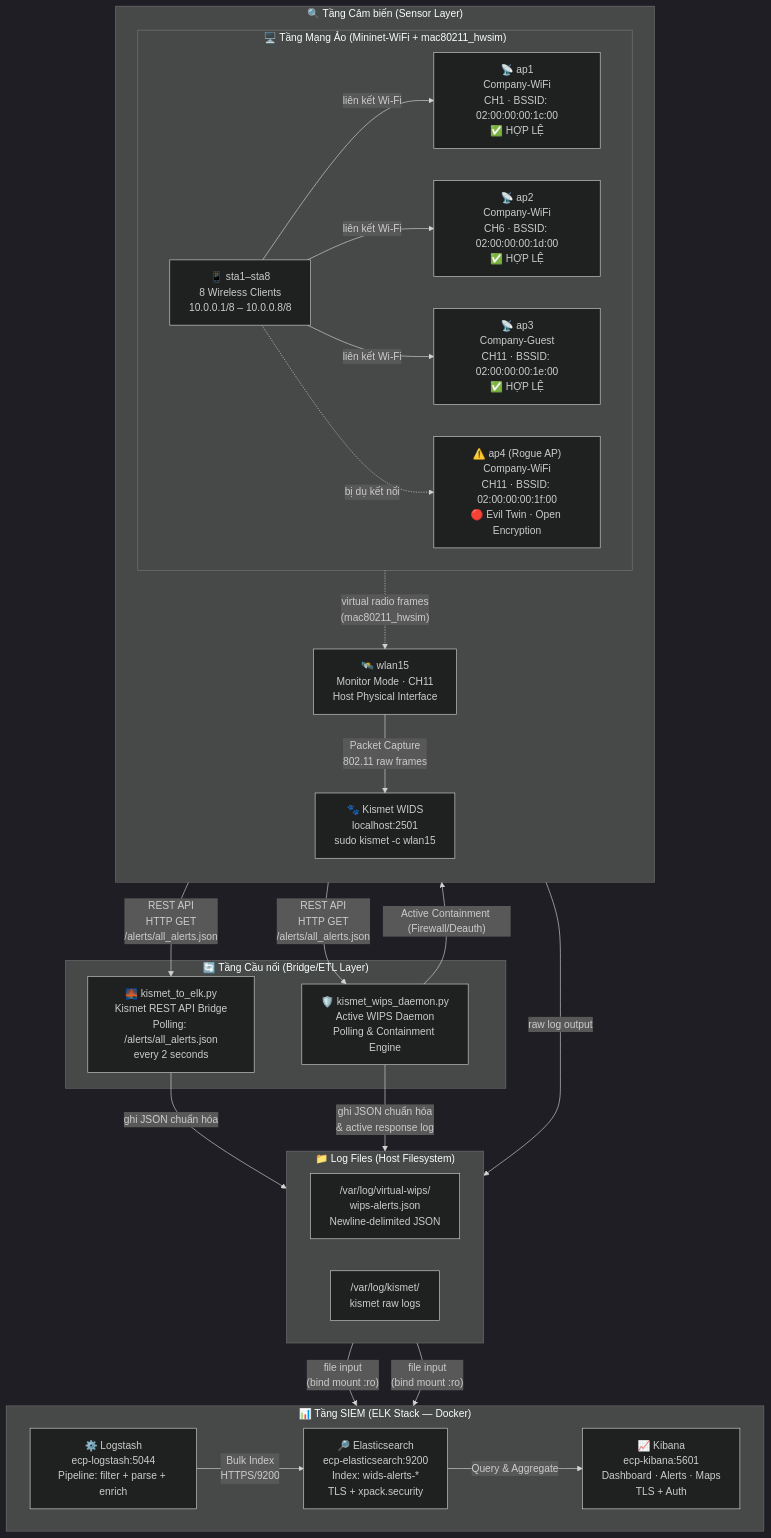
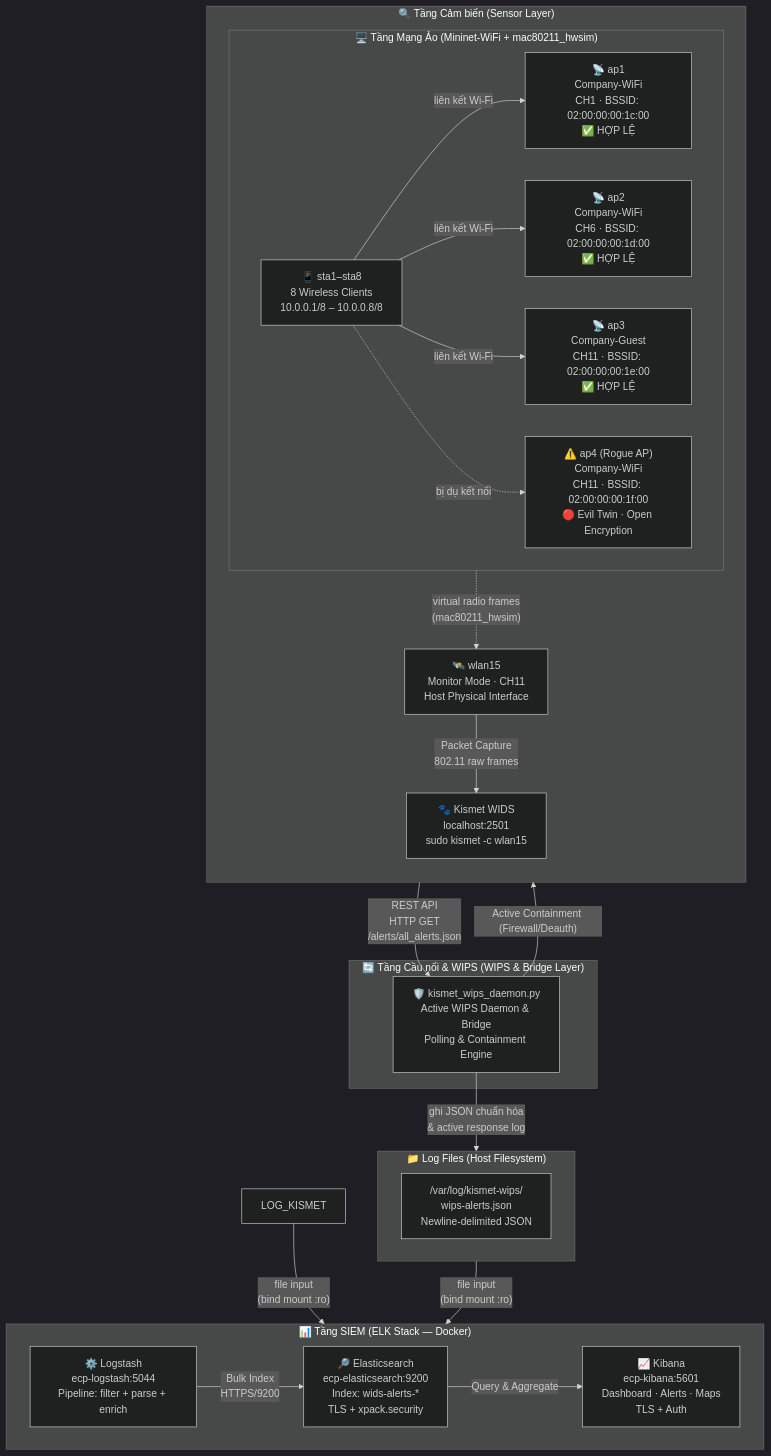
The first of 7 diagrams in DATA_FLOW.md (ph4n10m1808/wireless-mobile-network-security-project), drawn with Mermaid (dark theme) before and after one commit. The commit also changed other lines of this file and 14 other files, not shown here.

First line of the commit message:
Refactor WIDS/WIPS: unify active defense engine & clean up redundant code

````diff
--- a/DATA_FLOW.md
+++ b/DATA_FLOW.md
@@ -11,49 +11,45 @@
 ```mermaid
 flowchart TB
     subgraph VIRTUAL_NET["🖥️ Tầng Mạng Ảo (Mininet-WiFi + mac80211_hwsim)"]
         direction LR
         AP1["📡 ap1\nCompany-WiFi\nCH1 · BSSID: 02:00:00:00:1c:00\n✅ HỢP LỆ"]
         AP2["📡 ap2\nCompany-WiFi\nCH6 · BSSID: 02:00:00:00:1d:00\n✅ HỢP LỆ"]
         AP3["📡 ap3\nCompany-Guest\nCH11 · BSSID: 02:00:00:00:1e:00\n✅ HỢP LỆ"]
         ROGUE["⚠️ ap4 (Rogue AP)\nCompany-WiFi\nCH11 · BSSID: 02:00:00:00:1f:00\n🔴 Evil Twin · Open Encryption"]
         STA["📱 sta1–sta8\n8 Wireless Clients\n10.0.0.1/8 – 10.0.0.8/8"]
         STA -->|liên kết Wi-Fi| AP1 & AP2 & AP3
         STA -.->|bị dụ kết nối| ROGUE
     end
 
     subgraph SENSORS["🔍 Tầng Cảm biến (Sensor Layer)"]
         direction TB
         WLAN7["🛰️ wlan15\nMonitor Mode · CH11\nHost Physical Interface"]
         KISMET["🐾 Kismet WIDS\nlocalhost:2501\nsudo kismet -c wlan15"]
         WLAN7 -->|"Packet Capture\n802.11 raw frames"| KISMET
         VIRTUAL_NET -.->|"virtual radio frames\n(mac80211_hwsim)"| WLAN7
     end
 
-    subgraph BRIDGE["🔄 Tầng Cầu nối (Bridge/ETL Layer)"]
-        KISMET_BRIDGE["🌉 kismet_to_elk.py\nKismet REST API Bridge\nPolling: /alerts/all_alerts.json\nevery 2 seconds"]
-        KISMET_WIPS["🛡️ kismet_wips_daemon.py\nActive WIPS Daemon\nPolling & Containment Engine"]
-        KISMET -->|"REST API\nHTTP GET\n/alerts/all_alerts.json"| KISMET_BRIDGE & KISMET_WIPS
+    subgraph BRIDGE["🔄 Tầng Cầu nối & WIPS (WIPS & Bridge Layer)"]
+        KISMET_WIPS["🛡️ kismet_wips_daemon.py\nActive WIPS Daemon & Bridge\nPolling & Containment Engine"]
+        KISMET -->|"REST API\nHTTP GET\n/alerts/all_alerts.json"| KISMET_WIPS
         KISMET_WIPS -->|"Active Containment (Firewall/Deauth)"| VIRTUAL_NET
     end
 
     subgraph LOGS["📁 Log Files (Host Filesystem)"]
         direction LR
-        LOG_WIPS["/var/log/virtual-wips/\nwips-alerts.json\nNewline-delimited JSON"]
-        LOG_KISMET["/var/log/kismet/\nkismet raw logs"]
-        KISMET_BRIDGE -->|"ghi JSON chuẩn hóa"| LOG_WIPS
+        LOG_WIPS["/var/log/kismet-wips/\nwips-alerts.json\nNewline-delimited JSON"]
         KISMET_WIPS -->|"ghi JSON chuẩn hóa\n& active response log"| LOG_WIPS
-        KISMET -->|"raw log output"| LOG_KISMET
     end
 
     subgraph SIEM["📊 Tầng SIEM (ELK Stack — Docker)"]
         direction LR
         LOGSTASH["⚙️ Logstash\necp-logstash:5044\nPipeline: filter + parse + enrich"]
         ES["🔎 Elasticsearch\necp-elasticsearch:9200\nIndex: wids-alerts-*\nTLS + xpack.security"]
         KIBANA["📈 Kibana\necp-kibana:5601\nDashboard · Alerts · Maps\nTLS + Auth"]
         LOGSTASH -->|"Bulk Index\nHTTPS/9200"| ES
         ES -->|"Query & Aggregate"| KIBANA
     end
 
     LOG_WIPS -->|"file input\n(bind mount :ro)"| LOGSTASH
     LOG_KISMET -->|"file input\n(bind mount :ro)"| LOGSTASH
 ```
````
